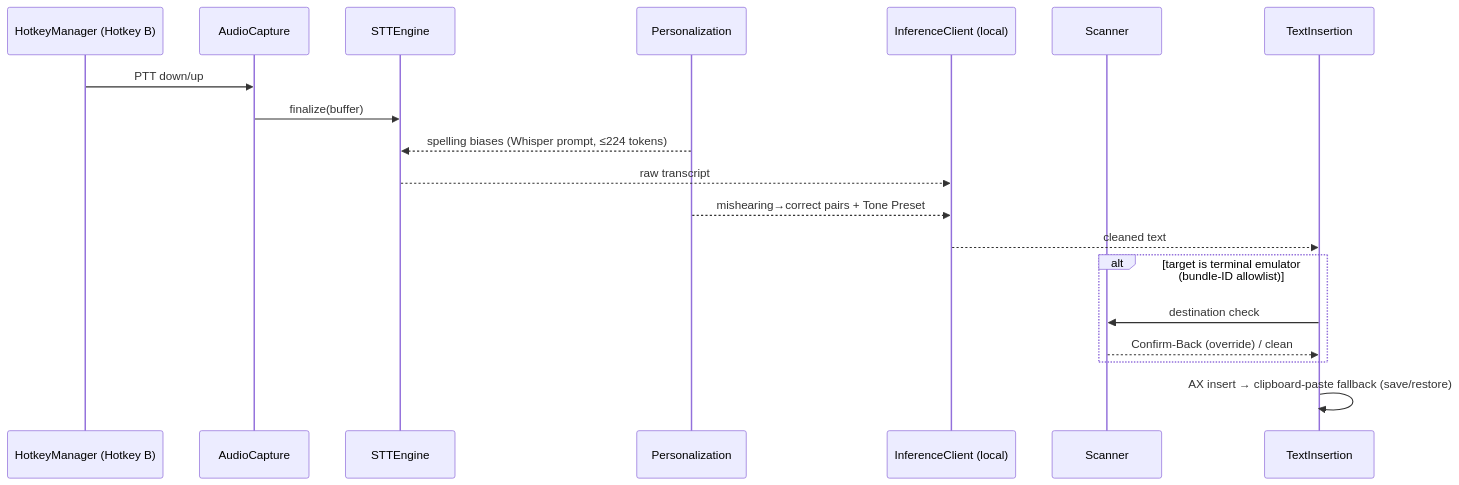
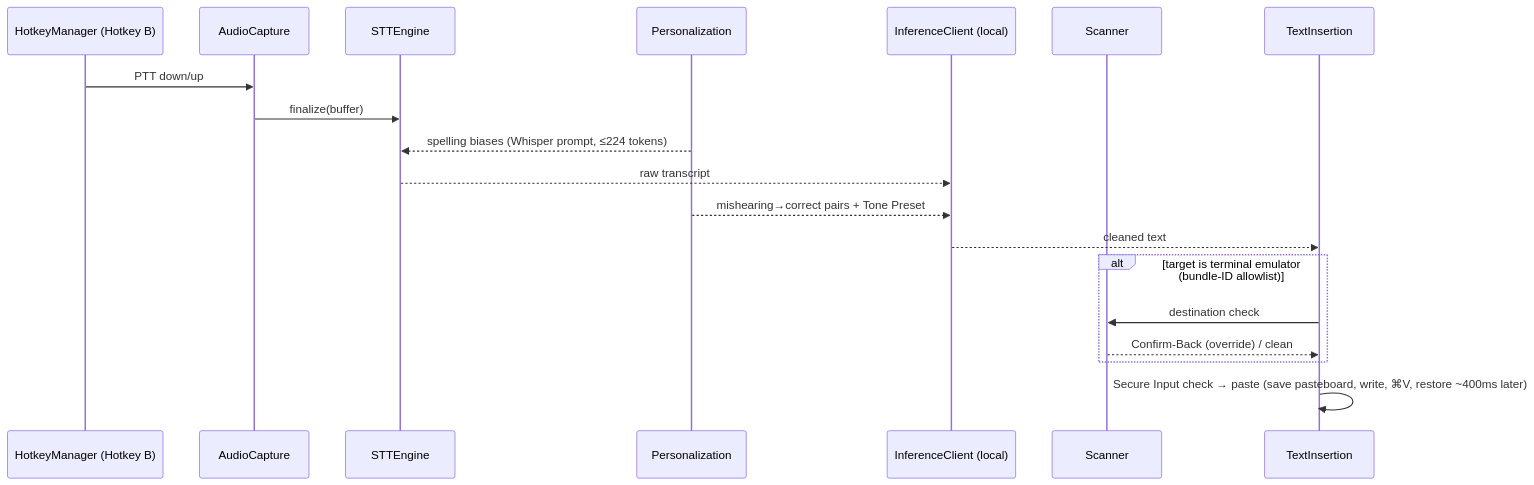
One commit to smgrv123/Nox changed the eighth of 19 diagrams in docs/04-hld.md. Above: the diagram before and after it, drawn with Mermaid. The commit also changed other lines of this file and 3 other files, not shown here.

````diff
--- a/docs/04-hld.md
+++ b/docs/04-hld.md
@@ -523,21 +523,21 @@
 ```mermaid
 sequenceDiagram
   participant HK as HotkeyManager (Hotkey B)
   participant AC as AudioCapture
   participant STT as STTEngine
   participant P as Personalization
   participant LLM as InferenceClient (local)
   participant SC as Scanner
   participant TI as TextInsertion
   HK->>AC: PTT down/up
   AC->>STT: finalize(buffer)
   P-->>STT: spelling biases (Whisper prompt, ≤224 tokens)
   STT-->>LLM: raw transcript
   P-->>LLM: mishearing→correct pairs + Tone Preset
   LLM-->>TI: cleaned text
   alt target is terminal emulator (bundle-ID allowlist)
     TI->>SC: destination check
     SC-->>TI: Confirm-Back (override) / clean
   end
-  TI->>TI: AX insert → clipboard-paste fallback (save/restore)
+  TI->>TI: Secure Input check → paste (save pasteboard, write, ⌘V, restore ~400ms later)
 ```
````
